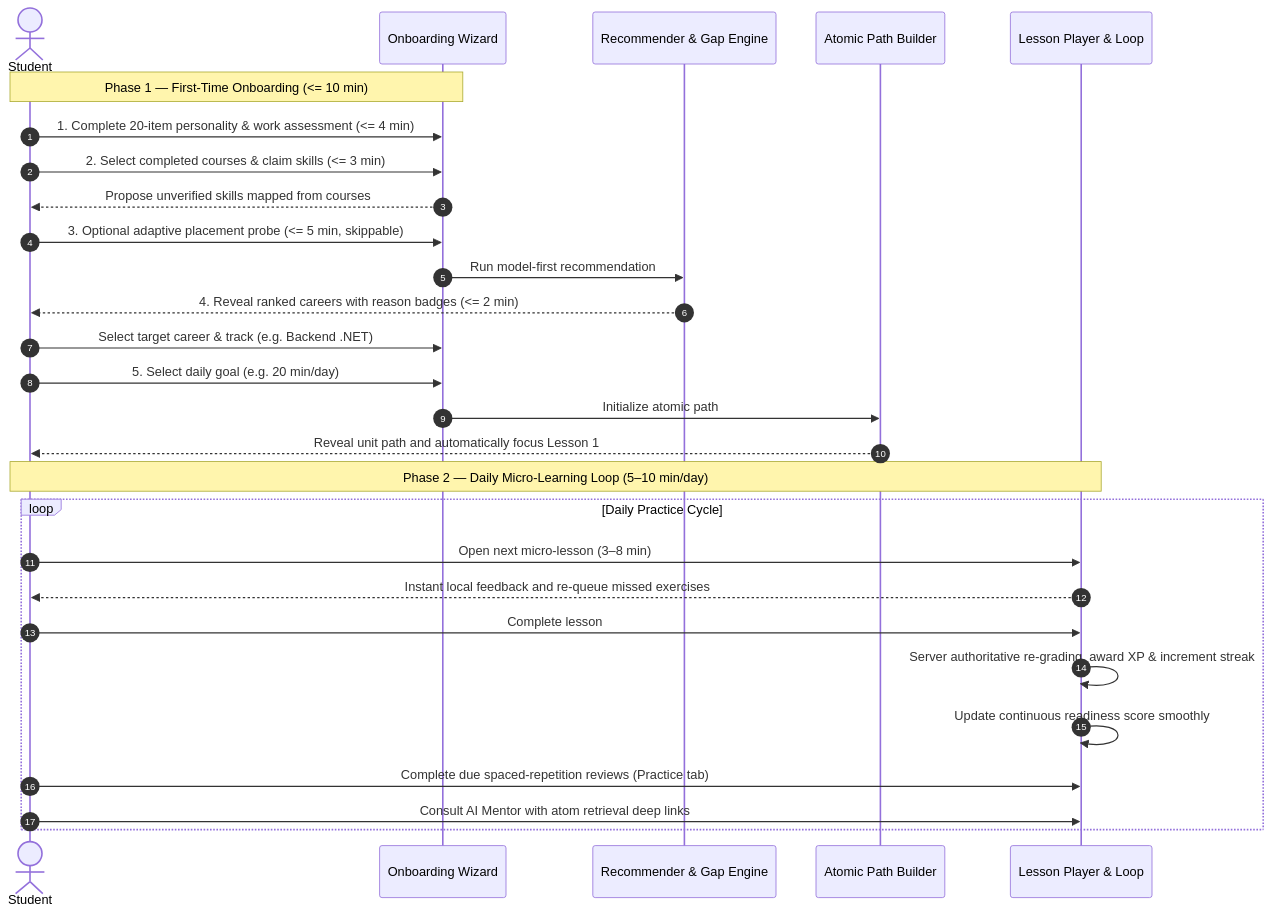
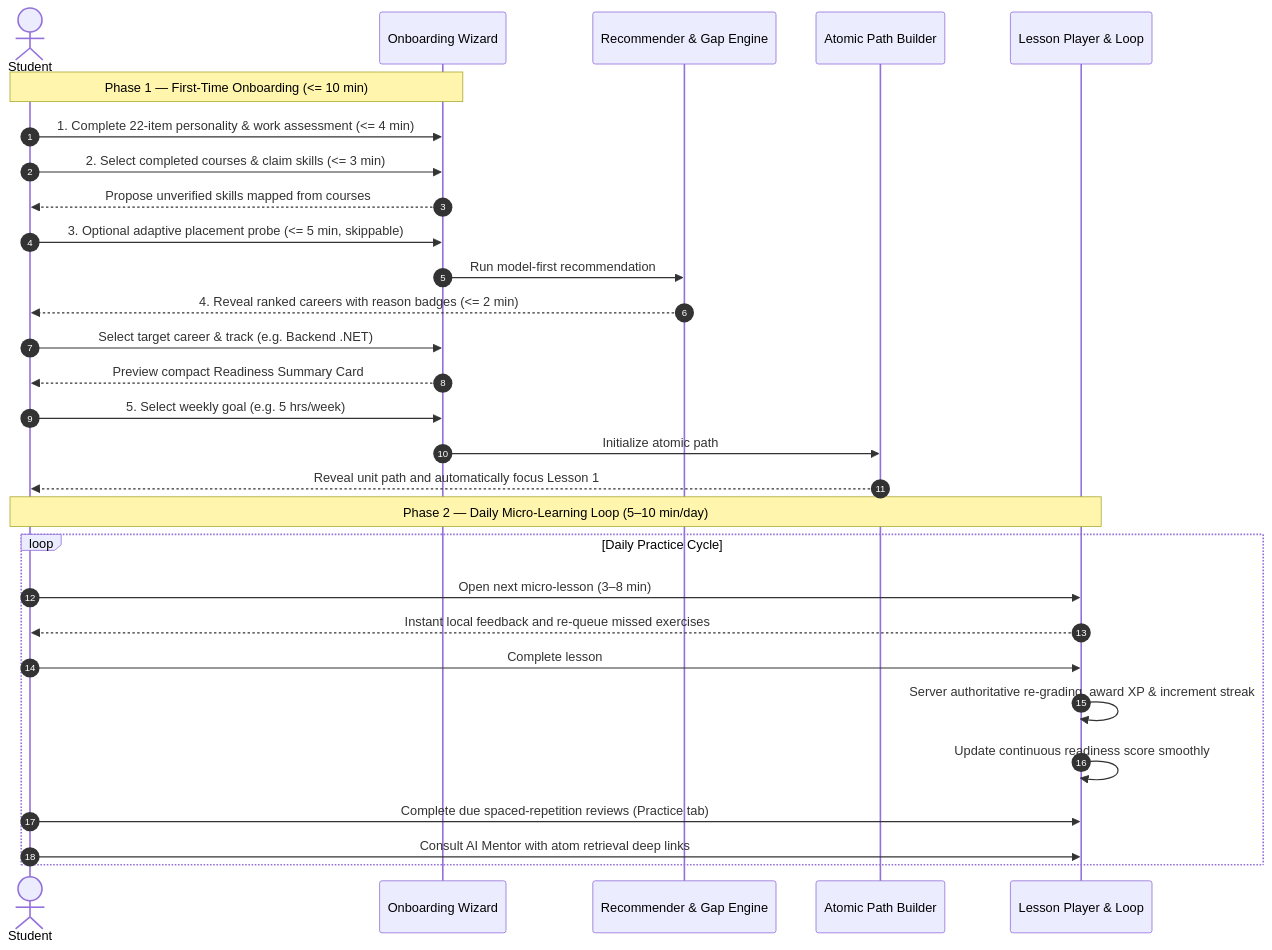
Before and after one commit to Masar-SCU/Masar: the diagram in docs/01-project-overview.md, drawn with Mermaid. The commit also changed other lines of this file and 17 other files, not shown here.

Commit message:
docs: resolve reviewer feedback across design system, idempotency, and ai architecture

````diff
--- a/docs/01-project-overview.md
+++ b/docs/01-project-overview.md
@@ -171,32 +171,33 @@
 ```mermaid
 sequenceDiagram
     autonumber
     actor Student
     participant Wizard as Onboarding Wizard
     participant Engine as Recommender & Gap Engine
     participant Path as Atomic Path Builder
     participant Player as Lesson Player & Loop
 
     Note over Student,Wizard: Phase 1 — First-Time Onboarding (<= 10 min)
-    Student->>Wizard: 1. Complete 20-item personality & work assessment (<= 4 min)
+    Student->>Wizard: 1. Complete 22-item personality & work assessment (<= 4 min)
     Student->>Wizard: 2. Select completed courses & claim skills (<= 3 min)
     Wizard-->>Student: Propose unverified skills mapped from courses
     Student->>Wizard: 3. Optional adaptive placement probe (<= 5 min, skippable)
     Wizard->>Engine: Run model-first recommendation
     Engine-->>Student: 4. Reveal ranked careers with reason badges (<= 2 min)
     Student->>Wizard: Select target career & track (e.g. Backend .NET)
-    Student->>Wizard: 5. Select daily goal (e.g. 20 min/day)
+    Wizard-->>Student: Preview compact Readiness Summary Card
+    Student->>Wizard: 5. Select weekly goal (e.g. 5 hrs/week)
     Wizard->>Path: Initialize atomic path
     Path-->>Student: Reveal unit path and automatically focus Lesson 1
 
     Note over Student,Player: Phase 2 — Daily Micro-Learning Loop (5–10 min/day)
     loop Daily Practice Cycle
         Student->>Player: Open next micro-lesson (3–8 min)
         Player-->>Student: Instant local feedback and re-queue missed exercises
         Student->>Player: Complete lesson
         Player->>Player: Server authoritative re-grading, award XP & increment streak
         Player->>Player: Update continuous readiness score smoothly
         Student->>Player: Complete due spaced-repetition reviews (Practice tab)
         Student->>Player: Consult AI Mentor with atom retrieval deep links
     end
 ```
````
